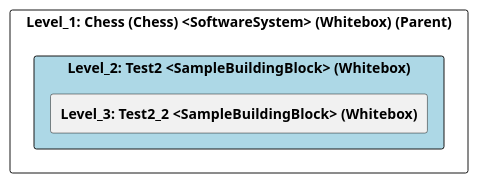
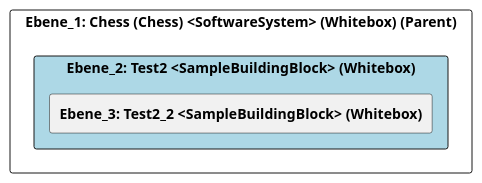
One commit to marcozwyssig/cleon changed the diagram in src/cleon.architecturemethods.arc42.sample/doc/cleon_architecturemethods_arc42_sample_arc42/adoc/de/05_bausteinsicht/chess/test2/ebene_2_test2.adoc. Above: the diagram before and after it, drawn with PlantUML. The commit also changed other lines of this file and 148 other files, not shown here.

```diff
--- a/src/cleon.architecturemethods.arc42.sample/doc/cleon_architecturemethods_arc42_sample_arc42/adoc/de/05_bausteinsicht/chess/test2/ebene_2_test2.adoc
+++ b/src/cleon.architecturemethods.arc42.sample/doc/cleon_architecturemethods_arc42_sample_arc42/adoc/de/05_bausteinsicht/chess/test2/ebene_2_test2.adoc
@@ -21,24 +21,24 @@
-[plantuml, Level_2: Test2 <SampleBuildingBlock> (Whitebox)BlockOverview, format="svg"]
+[plantuml, Ebene_2: Test2 <SampleBuildingBlock> (Whitebox)BlockOverview, format="svg"]
 ----
-@startuml Level_2: Test2 <SampleBuildingBlock> (Whitebox)BuildingBlockOverview
+@startuml Ebene_2: Test2 <SampleBuildingBlock> (Whitebox)BuildingBlockOverview
 
 skinparam ranksep 10
 skinparam componentStyle rectangle
 skinparam shadowing false
 skinparam arrowColor lightblue
 skinparam arrowThickness 1.2
 skinparam rectangle {
   BackgroundColor White
   BorderColor #333
   RoundCorner 10
 }
 top to bottom direction
 
-component "Level_1: Chess (Chess) <SoftwareSystem> (Whitebox) (Parent)" {
-    component "Level_2: Test2 <SampleBuildingBlock> (Whitebox)" #lightblue {
-        [**Level_3: Test2_2 <SampleBuildingBlock> (Whitebox)**] as 489CD283_D579_11EE_903E_9F564E4DE07E
+component "Ebene_1: Chess (Chess) <SoftwareSystem> (Whitebox) (Parent)" {
+    component "Ebene_2: Test2 <SampleBuildingBlock> (Whitebox)" #lightblue {
+        [**Ebene_3: Test2_2 <SampleBuildingBlock> (Whitebox)**] as 489CD283_D579_11EE_903E_9F564E4DE07E
     }
 }
 
 @enduml
 ----
```
